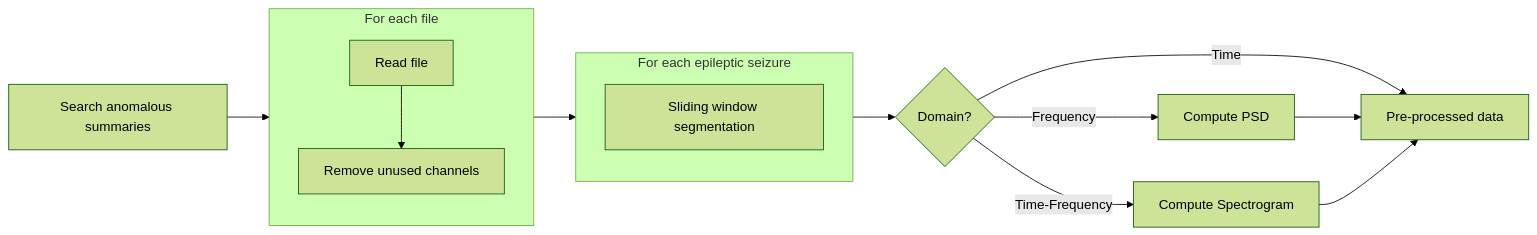
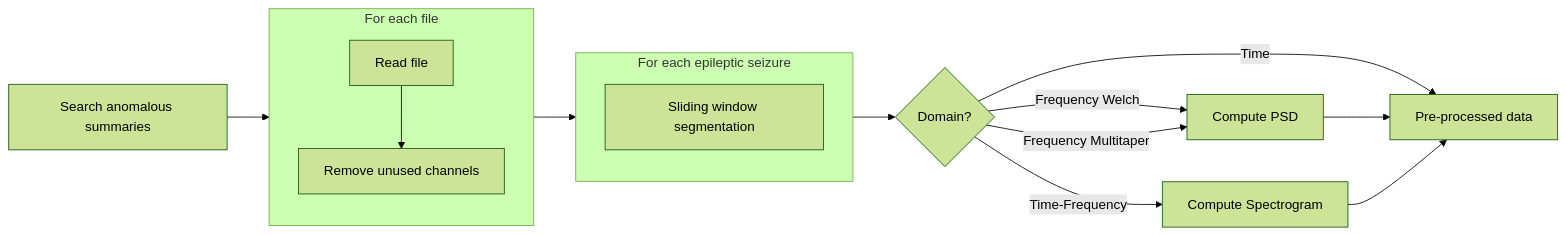
Before and after one commit to luizantoniona/eeg-epileptic-seizure-detection: the diagram in README.md, drawn with Mermaid (forest theme).

Commit message:
doc: adjust signals doc

````diff
--- a/README.md
+++ b/README.md
@@ -83,25 +83,26 @@
 ```mermaid
    flowchart LR
    A[Search anomalous summaries]
    A --> B
    B[Read file]
    subgraph B [For each file]
       C[Read file]
       D[Remove unused channels]
       C-->D
    end
    B-->E
    subgraph E [For each epileptic seizure]
       F[Sliding window segmentation]
    end
    E-->G
    G{Domain?}
    H[Compute PSD]
    I[Compute Spectrogram]
    J[Pre-processed data]
    G-->|Time| J
-   G-->|Frequency| H
+   G-->|Frequency Welch| H
+   G-->|Frequency Multitaper| H
    G-->|Time-Frequency| I
    H-->J
    I-->J
 ```
````
